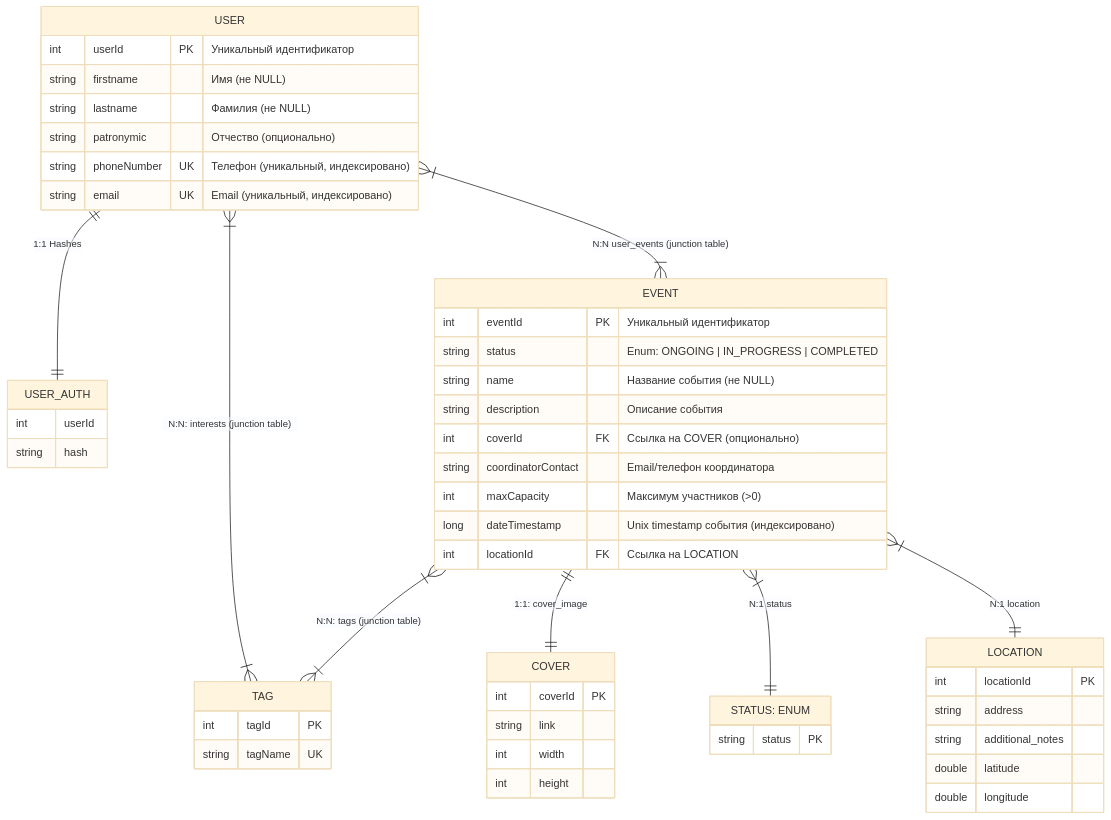
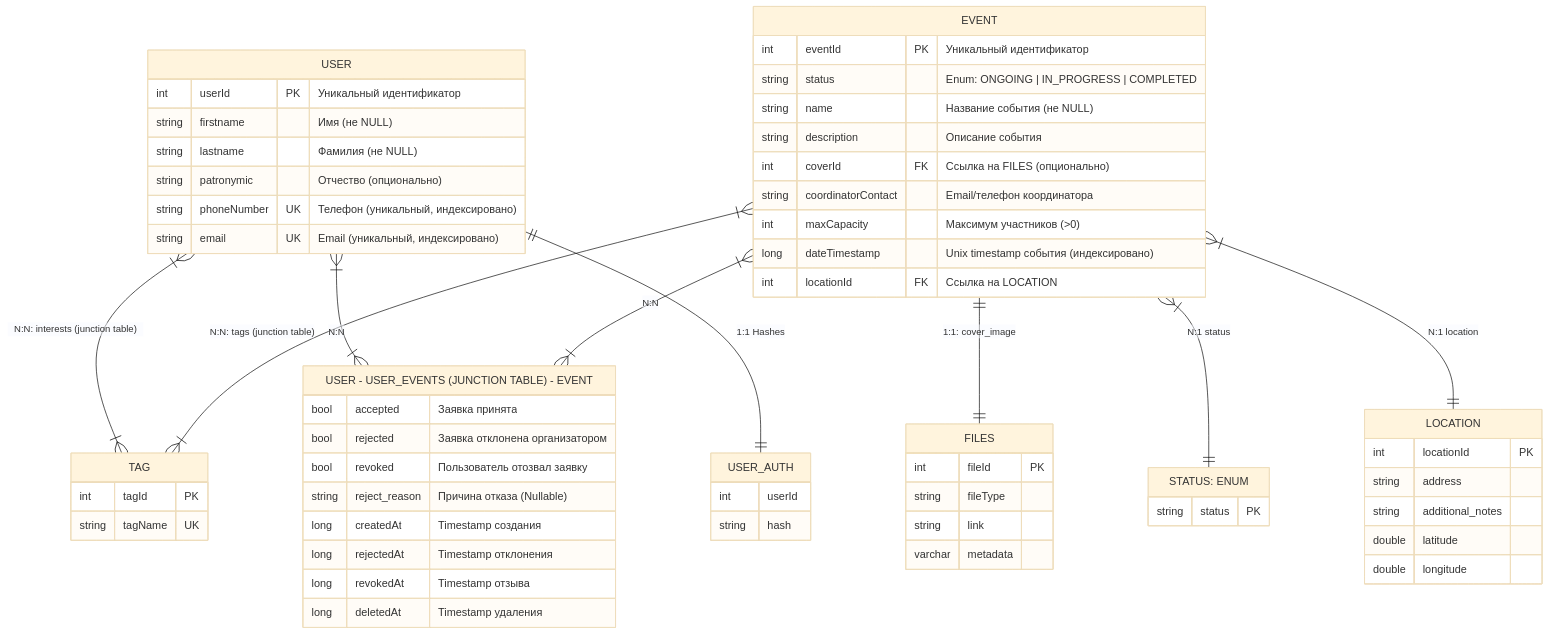
Before and after one commit to ADT-VOLUNTEERS-CASE/.github: the third of 3 diagrams in documentation/architecture/erd.md, drawn with Mermaid (base theme). The commit also changed other lines of this file, not shown here.

Commit message:
Fix: remove SQL queries Fix: abstract Cover table into Files

````diff
--- a/documentation/architecture/erd.md
+++ b/documentation/architecture/erd.md
@@ -112,61 +107,75 @@
 ```mermaid
 erDiagram
+   USER_EVENTS["USER - USER_EVENTS (JUNCTION TABLE) - EVENT"] {
+      bool accepted "Заявка принята"
+      bool rejected "Заявка отклонена организатором"
+      bool revoked "Пользователь отозвал заявку"
+      
+      string reject_reason "Причина отказа (Nullable)"
+      
+      long createdAt "Timestamp создания"
+      long rejectedAt "Timestamp отклонения"
+      long revokedAt "Timestamp отзыва"
+      long deletedAt "Timestamp удаления"
+   }
+   
    USER_AUTH {
       int userId
       string hash
    }
    
    USER {
       int userId PK "Уникальный идентификатор"
       string firstname "Имя (не NULL)"
       string lastname "Фамилия (не NULL)"
       string patronymic "Отчество (опционально)"
       string phoneNumber UK "Телефон (уникальный, индексировано)"
       string email UK "Email (уникальный, индексировано)"
    }
-
+   
    EVENT {
       int eventId PK "Уникальный идентификатор"
       string status "Enum: ONGOING | IN_PROGRESS | COMPLETED"
       string name "Название события (не NULL)"
       string description "Описание события"
-      int coverId FK "Ссылка на COVER (опционально)"
+      int coverId FK "Ссылка на FILES (опционально)"
       string coordinatorContact "Email/телефон координатора"
       int maxCapacity "Максимум участников (>0)"
       long dateTimestamp "Unix timestamp события (индексировано)"
       int locationId FK "Ссылка на LOCATION"
    }
 
    TAG {
       int tagId PK
       string tagName UK
    }
 
-   COVER {
-      int coverId PK
+   FILES {
+      int fileId PK
+      string fileType
       string link
-      int width
-      int height
+      varchar metadata
    }
 
    LOCATION {
       int locationId PK
       string address
       string additional_notes
       double latitude
       double longitude
    }
 
    STATUS["STATUS: ENUM"] {
       string status PK
    }
 
    USER }|--|{ TAG: "N:N: interests (junction table)"
-   USER }|--|{ EVENT: "N:N user_events (junction table)"
+   USER }|--|{ USER_EVENTS: "N:N"
    USER ||--|| USER_AUTH: "1:1 Hashes"
    
+   EVENT }|--|{ USER_EVENTS: "N:N"
    EVENT }|--|{ TAG: "N:N: tags (junction table)"
-   EVENT ||--|| COVER: "1:1: cover_image"
+   EVENT ||--|| FILES: "1:1: cover_image"
    EVENT }|--|| STATUS: "N:1 status"
    EVENT }|--|| LOCATION: "N:1 location"
 ```
````
